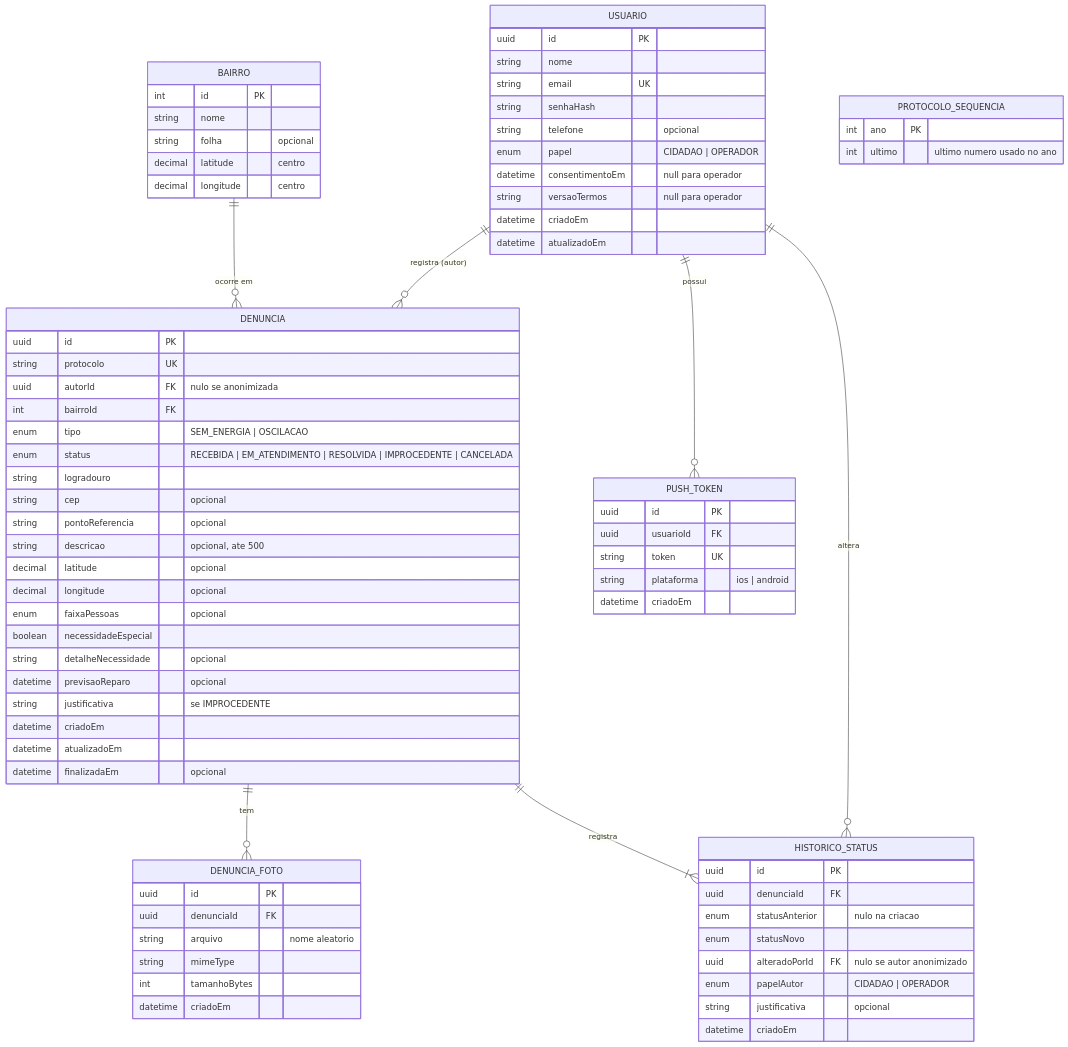
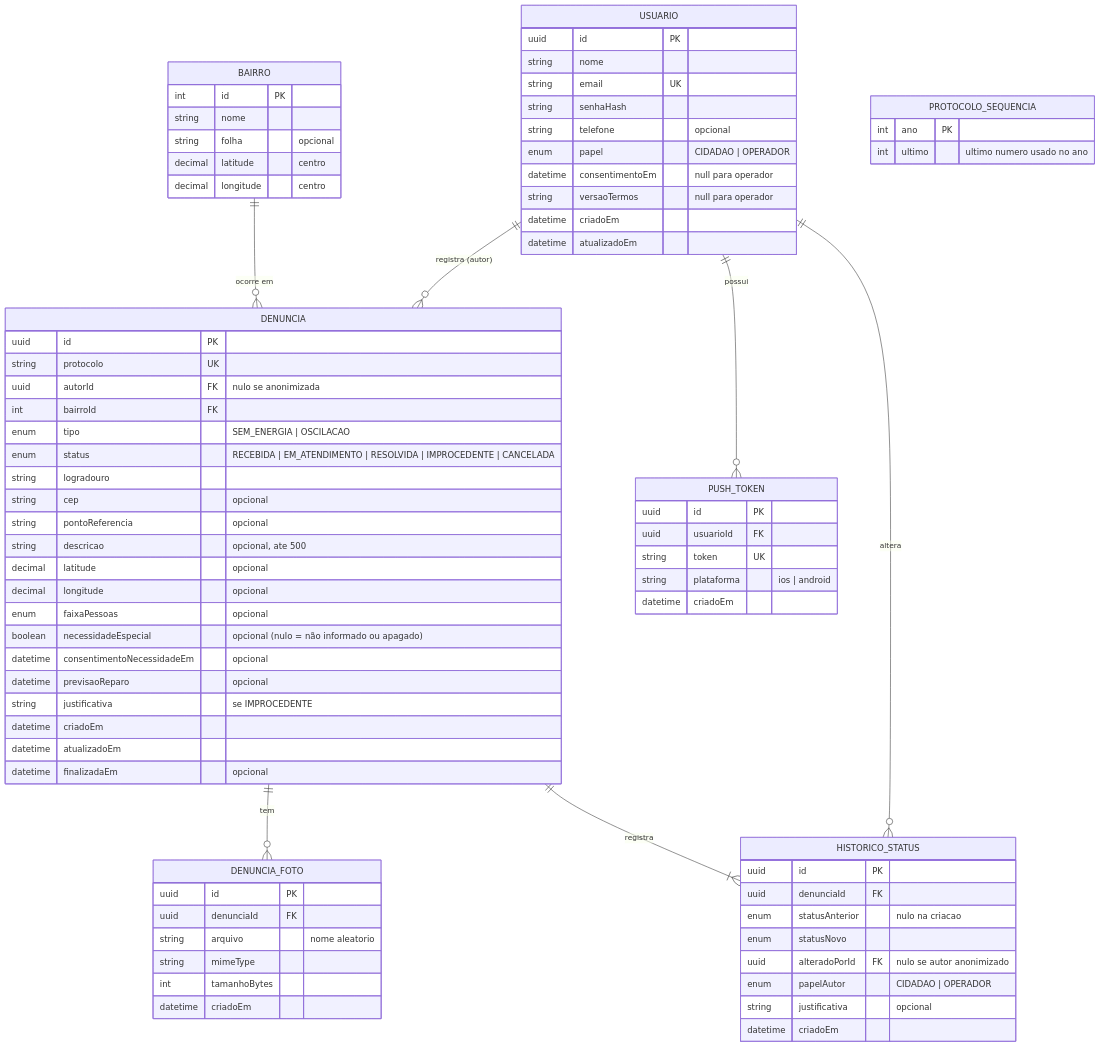
The diagram in docs/09-modelo-de-dados.md (BrunoSSilva9/mobile-projeto-ta-ligado), drawn with Mermaid before and after one commit. The commit also changed other lines of this file and 40 other files, not shown here.

First line of the commit message:
feat: pessoas no local e necessidade especial com consentimento e retenção

````diff
--- a/docs/09-modelo-de-dados.md
+++ b/docs/09-modelo-de-dados.md
@@ -7,80 +7,80 @@
 ```mermaid
 erDiagram
   USUARIO ||--o{ DENUNCIA : "registra (autor)"
   USUARIO ||--o{ PUSH_TOKEN : "possui"
   USUARIO ||--o{ HISTORICO_STATUS : "altera"
   BAIRRO  ||--o{ DENUNCIA : "ocorre em"
   DENUNCIA ||--o{ DENUNCIA_FOTO : "tem"
   DENUNCIA ||--|{ HISTORICO_STATUS : "registra"
 
   USUARIO {
     uuid id PK
     string nome
     string email UK
     string senhaHash
     string telefone "opcional"
     enum papel "CIDADAO | OPERADOR"
     datetime consentimentoEm "null para operador"
     string versaoTermos "null para operador"
     datetime criadoEm
     datetime atualizadoEm
   }
   BAIRRO {
     int id PK
     string nome
     string folha "opcional"
     decimal latitude "centro"
     decimal longitude "centro"
   }
   DENUNCIA {
     uuid id PK
     string protocolo UK
     uuid autorId FK "nulo se anonimizada"
     int bairroId FK
     enum tipo "SEM_ENERGIA | OSCILACAO"
     enum status "RECEBIDA | EM_ATENDIMENTO | RESOLVIDA | IMPROCEDENTE | CANCELADA"
     string logradouro
     string cep "opcional"
     string pontoReferencia "opcional"
     string descricao "opcional, ate 500"
     decimal latitude "opcional"
     decimal longitude "opcional"
     enum faixaPessoas "opcional"
-    boolean necessidadeEspecial
-    string detalheNecessidade "opcional"
+    boolean necessidadeEspecial "opcional (nulo = não informado ou apagado)"
+    datetime consentimentoNecessidadeEm "opcional"
     datetime previsaoReparo "opcional"
     string justificativa "se IMPROCEDENTE"
     datetime criadoEm
     datetime atualizadoEm
     datetime finalizadaEm "opcional"
   }
   DENUNCIA_FOTO {
     uuid id PK
     uuid denunciaId FK
     string arquivo "nome aleatorio"
     string mimeType
     int tamanhoBytes
     datetime criadoEm
   }
   HISTORICO_STATUS {
     uuid id PK
     uuid denunciaId FK
     enum statusAnterior "nulo na criacao"
     enum statusNovo
     uuid alteradoPorId FK "nulo se autor anonimizado"
     enum papelAutor "CIDADAO | OPERADOR"
     string justificativa "opcional"
     datetime criadoEm
   }
   PROTOCOLO_SEQUENCIA {
     int ano PK
     int ultimo "ultimo numero usado no ano"
   }
   PUSH_TOKEN {
     uuid id PK
     uuid usuarioId FK
     string token UK
     string plataforma "ios | android"
     datetime criadoEm
   }
 ```
````
